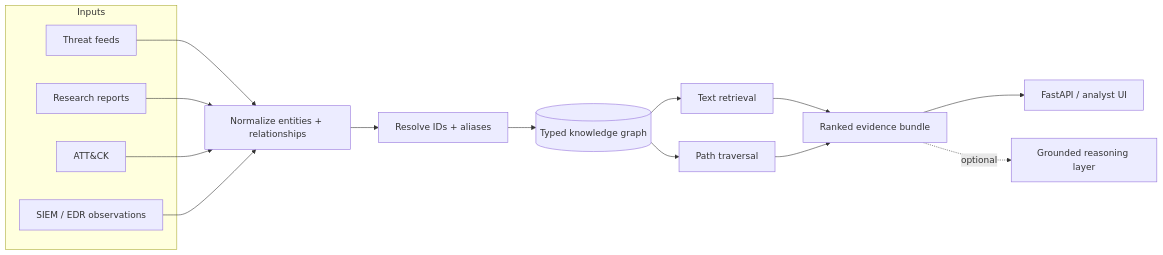
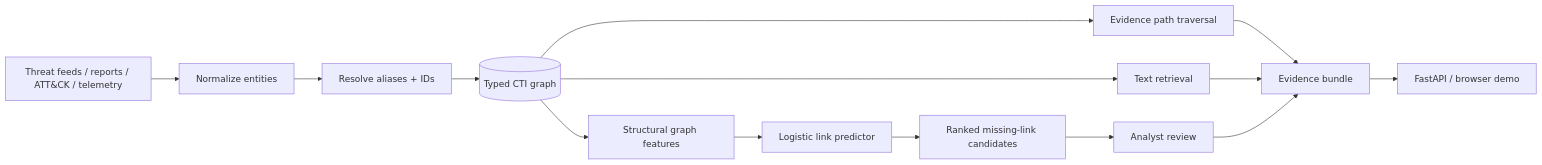
Before and after one commit to VinayK88/Threat-intelligence-knowledgegraph: the diagram in README.md, drawn with Mermaid. The commit also changed other lines of this file, not shown here.

Commit message:
Document CTI graph ML

````diff
--- a/README.md
+++ b/README.md
@@ -46,18 +40,16 @@
 ```mermaid
 flowchart LR
-    subgraph Inputs
-        FEEDS[Threat feeds]
-        REPORTS["Research reports"]
-        ATTACK["ATT&CK"]
-        TEL["SIEM / EDR observations"]
-    end
-
-    FEEDS & REPORTS & ATTACK & TEL --> NORM["Normalize entities + relationships"]
-    NORM --> RESOLVE["Resolve IDs + aliases"]
-    RESOLVE --> KG[("Typed knowledge graph")]
-    KG --> TEXT["Text retrieval"]
-    KG --> TRAVERSE["Path traversal"]
-    TEXT & TRAVERSE --> EVIDENCE["Ranked evidence bundle"]
-    EVIDENCE --> API["FastAPI / analyst UI"]
-    EVIDENCE -. optional .-> LLM["Grounded reasoning layer"]
+    F[Threat feeds / reports / ATT&CK / telemetry] --> N[Normalize entities]
+    N --> R[Resolve aliases + IDs]
+    R --> G[(Typed CTI graph)]
+    G --> P[Evidence path traversal]
+    G --> T[Text retrieval]
+    G --> X[Structural graph features]
+    X --> ML[Logistic link predictor]
+    ML --> C[Ranked missing-link candidates]
+    P --> E[Evidence bundle]
+    T --> E
+    C --> A[Analyst review]
+    A --> E
+    E --> API[FastAPI / browser demo]
 ```
````
